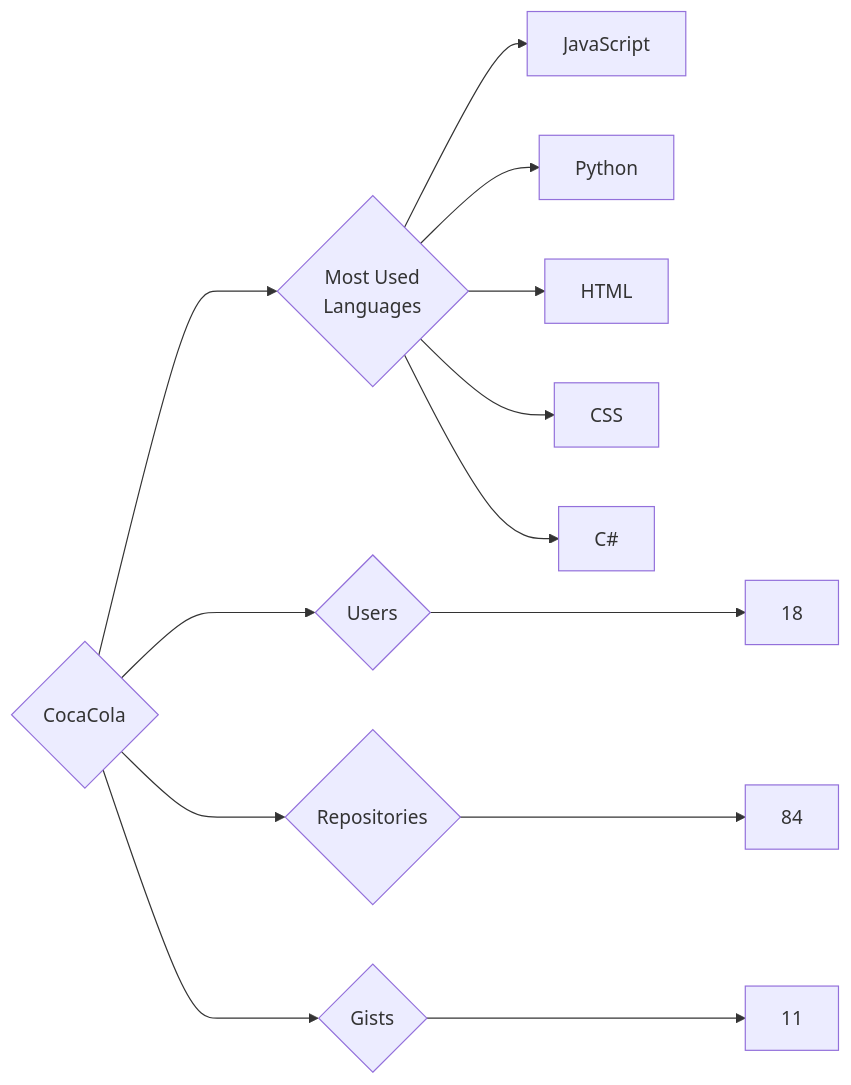
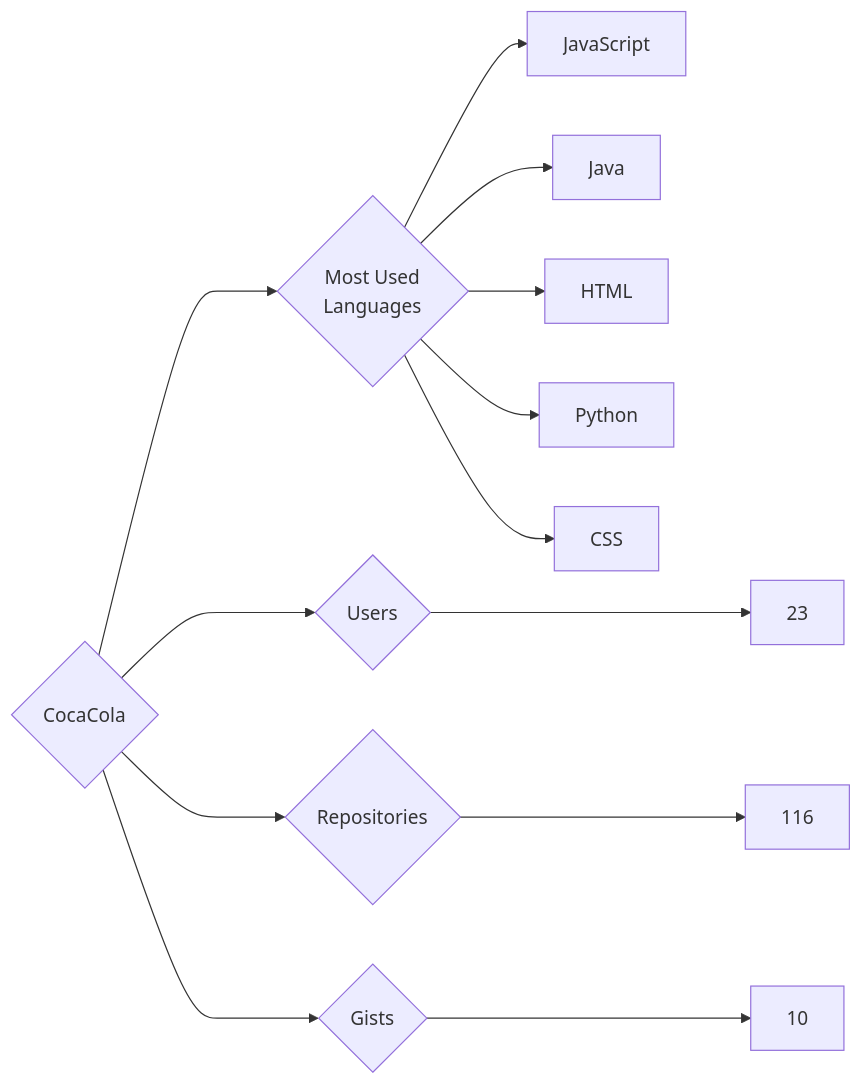
One commit to trickest/insiders changed the diagram in targets/CocaCola/README.md. Above: the diagram before and after it, drawn with Mermaid. The commit also changed 777 other files, not shown here.

````diff
--- a/targets/CocaCola/README.md
+++ b/targets/CocaCola/README.md
@@ -3,13 +3,13 @@
 ```mermaid
 graph LR
 COMPANY_NAME{CocaCola}
-COMPANY_NAME ---> U{Users} ---> UN[18]
-COMPANY_NAME ---> R{Repositories} ---> RN[84]
-COMPANY_NAME ---> G{Gists} ---> GN[11]
+COMPANY_NAME ---> U{Users} ---> UN[23]
+COMPANY_NAME ---> R{Repositories} ---> RN[116]
+COMPANY_NAME ---> G{Gists} ---> GN[10]
 COMPANY_NAME ---> ML{Most Used<br>Languages}
 ML --> JavaScript[JavaScript]
+ML --> Java[Java]
+ML --> HTML[HTML]
 ML --> Python[Python]
-ML --> HTML[HTML]
 ML --> CSS[CSS]
-ML --> C#[C#]
 ```
````
